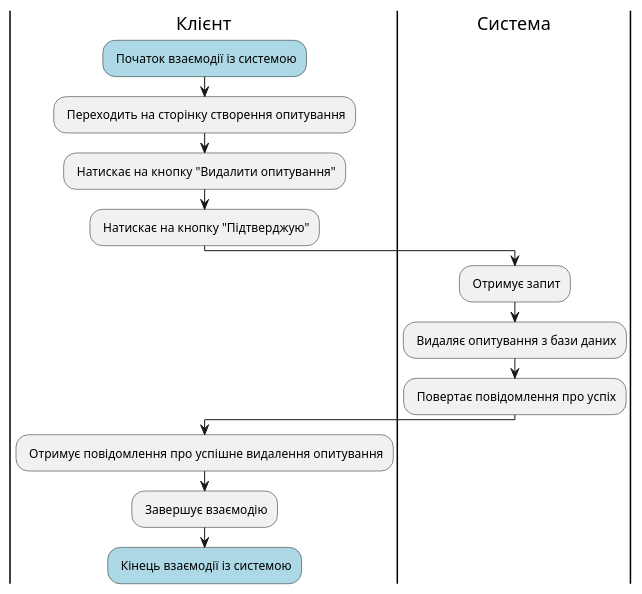
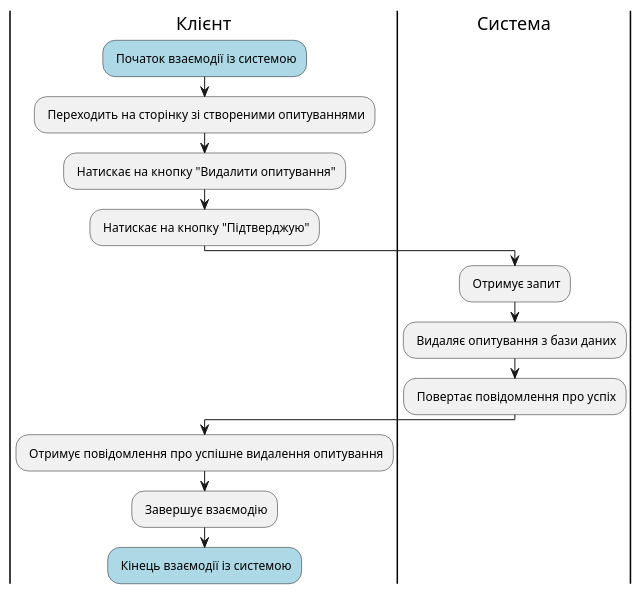
The ninth of 12 diagrams in docs/use cases/README.md (kujo205/db_labs), drawn with PlantUML before and after one commit. The commit also changed other lines of this file, not shown here.

```diff
--- a/docs/use cases/README.md
+++ b/docs/use cases/README.md
@@ -368,19 +366,19 @@
 @startuml
 
   |Клієнт|
   #lightblue : Початок взаємодії із системою;
-  : Переходить на сторінку створення опитування; 
+  : Переходить на сторінку зі створеними опитуваннями; 
   : Натискає на кнопку "Видалити опитування";
   : Натискає на кнопку "Підтверджую";
 
   |Система|
   : Отримує запит;
   : Видаляє опитування з бази даних;
   : Повертає повідомлення про успіх;
 
   |Клієнт|
   : Отримує повідомлення про успішне видалення опитування;
   : Завершує взаємодію;
   #lightblue : Кінець взаємодії із системою;
 
 @enduml
```
